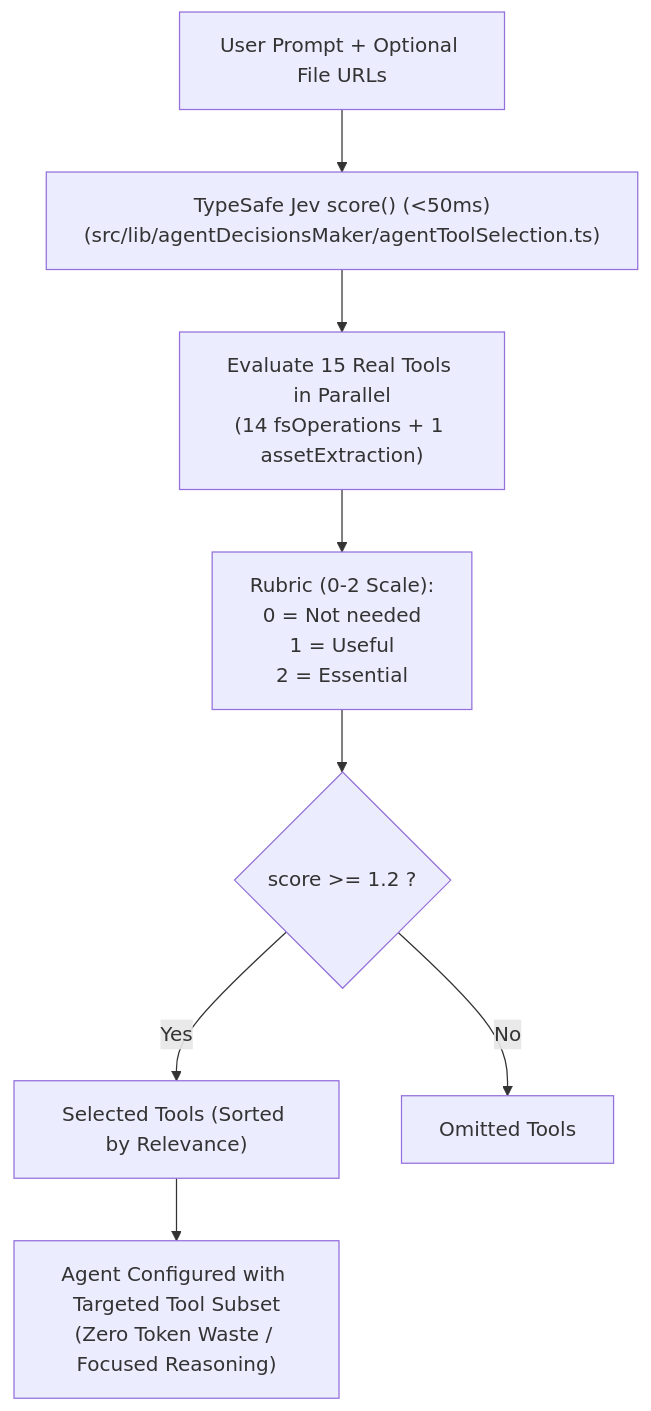
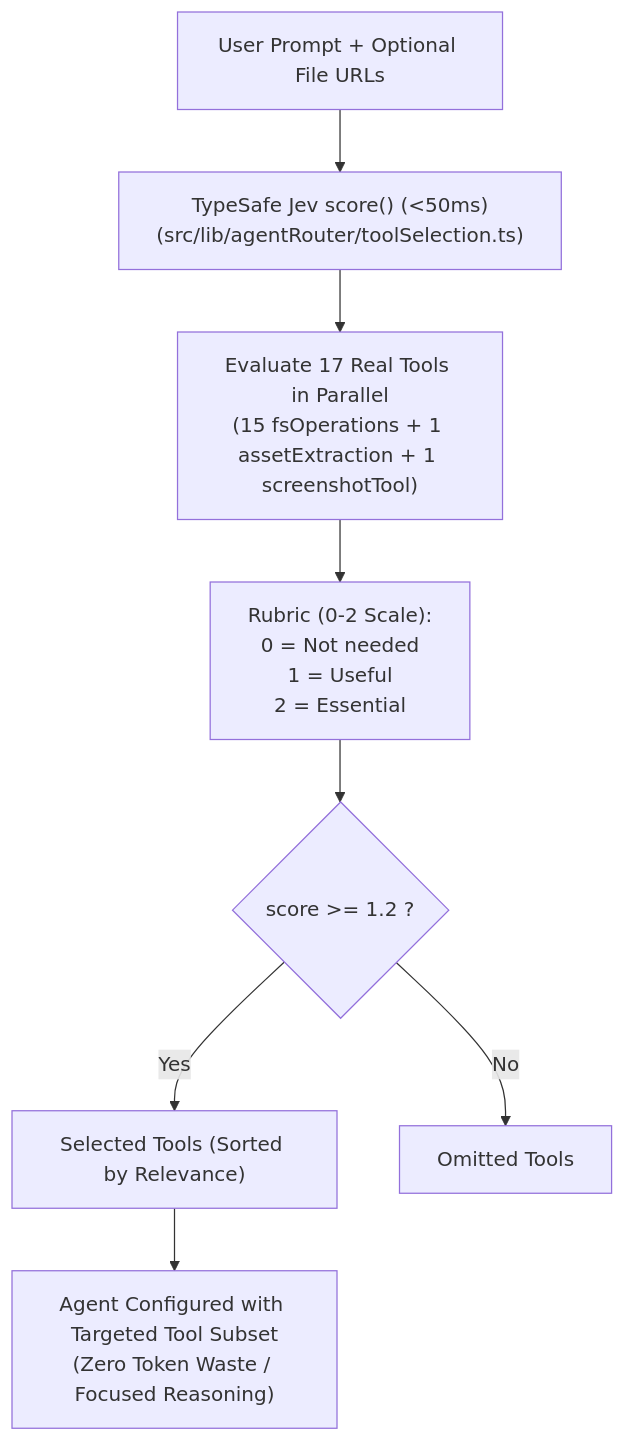
The third of 7 diagrams in README.md (keplar-404/relie-deep-agent), drawn with Mermaid before and after one commit. The commit also changed other lines of this file and 10 other files, not shown here.

Commit message:
feat: Agent file instertion text tool implimented.

````diff
--- a/README.md
+++ b/README.md
@@ -279,10 +292,10 @@
 ```mermaid
 flowchart TD
-    Prompt["User Prompt + Optional File URLs"] --> Jev["TypeSafe Jev score() (<50ms)\n(src/lib/agentDecisionsMaker/agentToolSelection.ts)"]
-    Jev --> ToolEval["Evaluate 15 Real Tools in Parallel\n(14 fsOperations + 1 assetExtraction)"]
+    Prompt["User Prompt + Optional File URLs"] --> Jev["TypeSafe Jev score() (<50ms)\n(src/lib/agentRouter/toolSelection.ts)"]
+    Jev --> ToolEval["Evaluate 17 Real Tools in Parallel\n(15 fsOperations + 1 assetExtraction + 1 screenshotTool)"]
     ToolEval --> Scoring["Rubric (0-2 Scale):\n0 = Not needed\n1 = Useful\n2 = Essential"]
     Scoring --> Cutoff{"score >= 1.2 ?"}
     Cutoff -- Yes --> Keep["Selected Tools (Sorted by Relevance)"]
     Cutoff -- No --> Discard["Omitted Tools"]
     Keep --> AgentInit["Agent Configured with Targeted Tool Subset\n(Zero Token Waste / Focused Reasoning)"]
 ```
````
